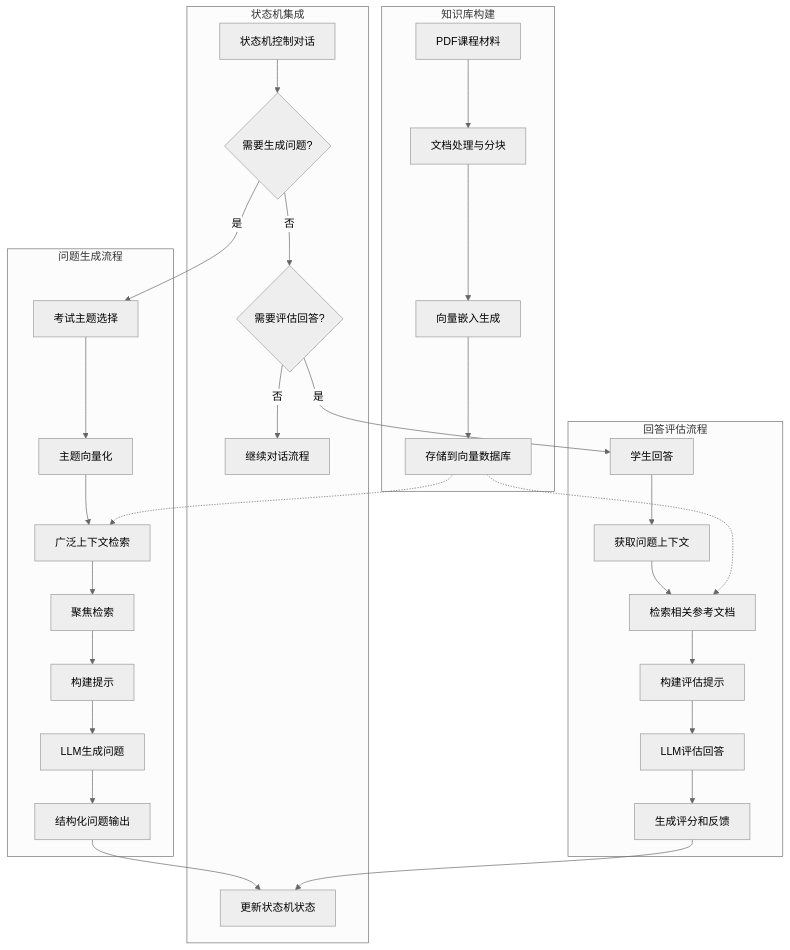
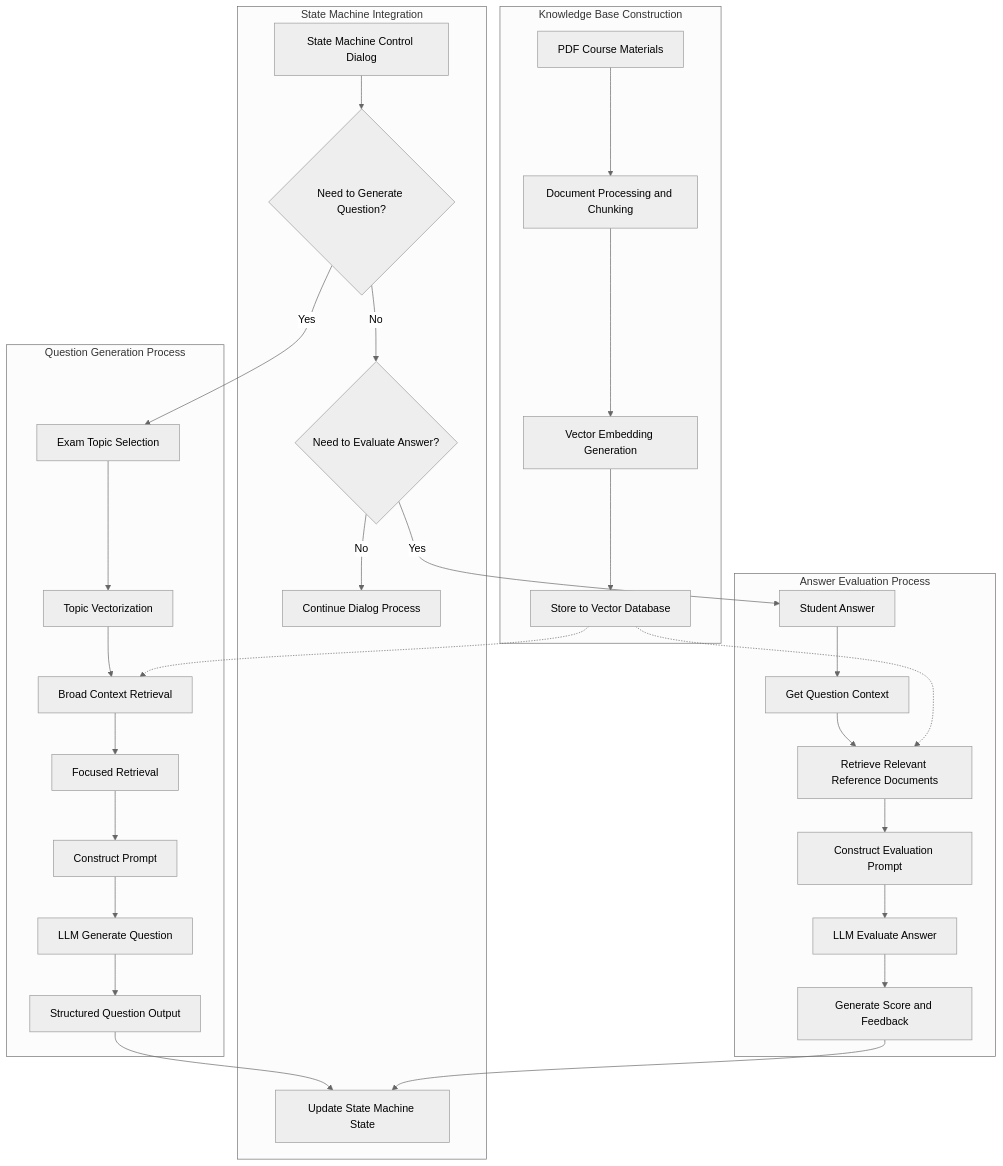
The second of 4 diagrams in docs/RAG_Implementation.md (CHANHaochengZhang/chatexaminer), drawn with Mermaid (neutral theme) before and after one commit. The commit also changed other lines of this file and 13 other files, not shown here.

````diff
--- a/docs/RAG_Implementation.md
+++ b/docs/RAG_Implementation.md
@@ -301,38 +301,38 @@
 ```mermaid
 graph TD
-    subgraph "知识库构建"
-        A1[PDF课程材料] --> A2[文档处理与分块]
-        A2 --> A3[向量嵌入生成]
-        A3 --> A4[存储到向量数据库]
+    subgraph "Knowledge Base Construction"
+        A1[PDF Course Materials] --> A2[Document Processing and Chunking]
+        A2 --> A3[Vector Embedding Generation]
+        A3 --> A4[Store to Vector Database]
     end
 
-    subgraph "问题生成流程"
-        B1[考试主题选择] --> B2[主题向量化]
-        B2 --> B3[广泛上下文检索]
-        B3 --> B4[聚焦检索]
-        B4 --> B5[构建提示]
-        B5 --> B6[LLM生成问题]
-        B6 --> B7[结构化问题输出]
+    subgraph "Question Generation Process"
+        B1[Exam Topic Selection] --> B2[Topic Vectorization]
+        B2 --> B3[Broad Context Retrieval]
+        B3 --> B4[Focused Retrieval]
+        B4 --> B5[Construct Prompt]
+        B5 --> B6[LLM Generate Question]
+        B6 --> B7[Structured Question Output]
     end
 
-    subgraph "回答评估流程"
-        C1[学生回答] --> C2[获取问题上下文]
-        C2 --> C3[检索相关参考文档]
-        C3 --> C4[构建评估提示]
-        C4 --> C5[LLM评估回答]
-        C5 --> C6[生成评分和反馈]
+    subgraph "Answer Evaluation Process"
+        C1[Student Answer] --> C2[Get Question Context]
+        C2 --> C3[Retrieve Relevant Reference Documents]
+        C3 --> C4[Construct Evaluation Prompt]
+        C4 --> C5[LLM Evaluate Answer]
+        C5 --> C6[Generate Score and Feedback]
     end
 
-    subgraph "状态机集成"
-        D1[状态机控制对话] --> D2{需要生成问题?}
-        D2 -- 是 --> B1
-        D2 -- 否 --> D3{需要评估回答?}
-        D3 -- 是 --> C1
-        D3 -- 否 --> D4[继续对话流程]
-        B7 --> D5[更新状态机状态]
+    subgraph "State Machine Integration"
+        D1[State Machine Control Dialog] --> D2{Need to Generate Question?}
+        D2 -- Yes --> B1
+        D2 -- No --> D3{Need to Evaluate Answer?}
+        D3 -- Yes --> C1
+        D3 -- No --> D4[Continue Dialog Process]
+        B7 --> D5[Update State Machine State]
         C6 --> D5
     end
 
     A4 -.-> B3
     A4 -.-> C3
 ```
````
